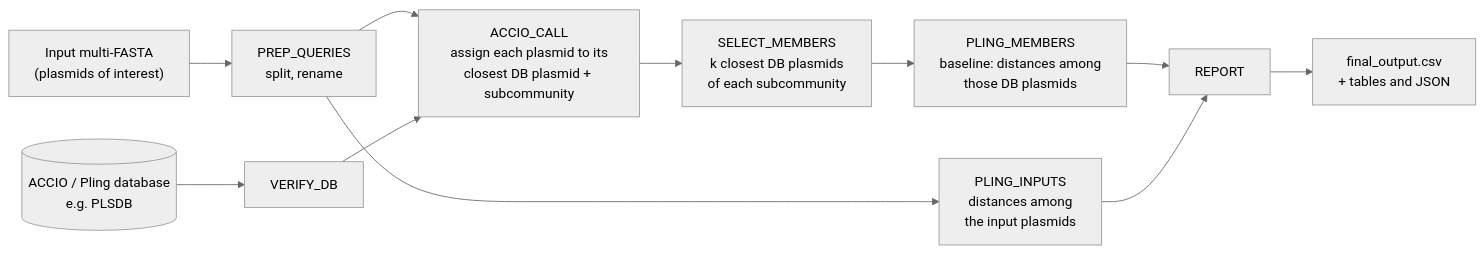
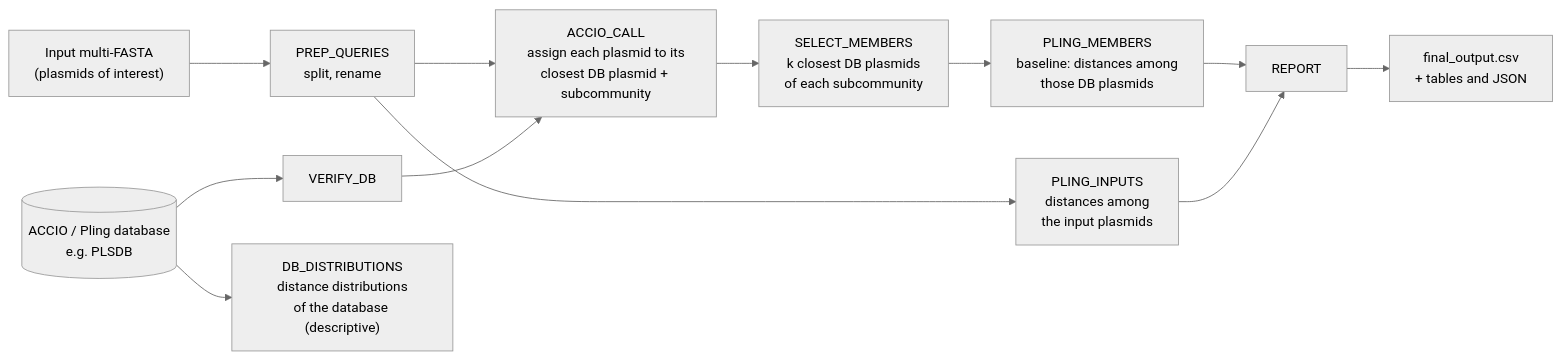
The first of 2 diagrams in README_workflow.md (SPREAD-Hackathon/clust-assess), drawn with Mermaid (neutral theme) before and after one commit. The commit also changed other lines of this file and 8 other files, not shown here.

First line of the commit message:
Add database distance distributions (scripts, figures, DB_DISTRIBUTIONS step)

````diff
--- a/README_workflow.md
+++ b/README_workflow.md
@@ -17,13 +17,14 @@
 ```mermaid
 flowchart LR
     IN["Input multi-FASTA<br/>(plasmids of interest)"] --> PQ["PREP_QUERIES<br/>split, rename"]
     DB[("ACCIO / Pling database<br/>e.g. PLSDB")] --> VD[VERIFY_DB]
     PQ --> AC["ACCIO_CALL<br/>assign each plasmid to its<br/>closest DB plasmid + subcommunity"]
     VD --> AC
     AC --> SM["SELECT_MEMBERS<br/>k closest DB plasmids<br/>of each subcommunity"]
     SM --> PM["PLING_MEMBERS<br/>baseline: distances among<br/>those DB plasmids"]
     PQ --> PI["PLING_INPUTS<br/>distances among<br/>the input plasmids"]
     PM --> RE[REPORT]
     PI --> RE
     RE --> OUT["final_output.csv<br/>+ tables and JSON"]
+    DB --> DD["DB_DISTRIBUTIONS<br/>distance distributions<br/>of the database (descriptive)"]
 ```
````
